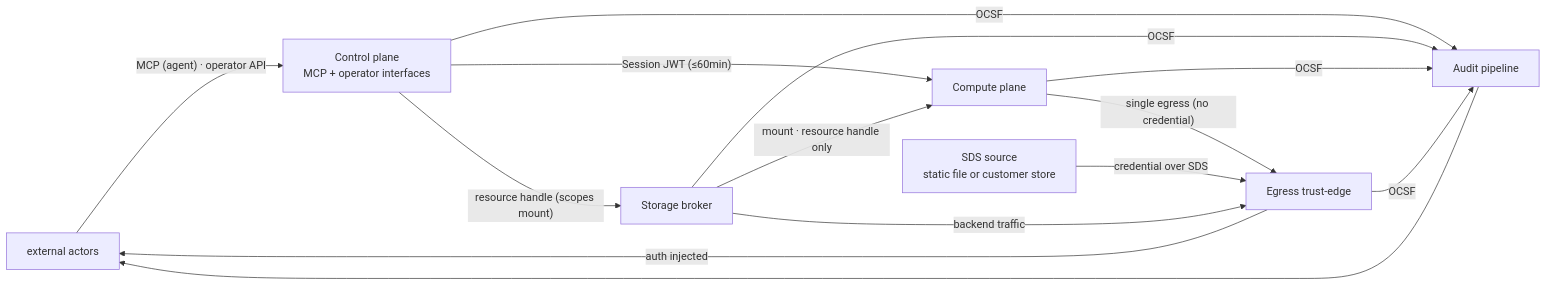
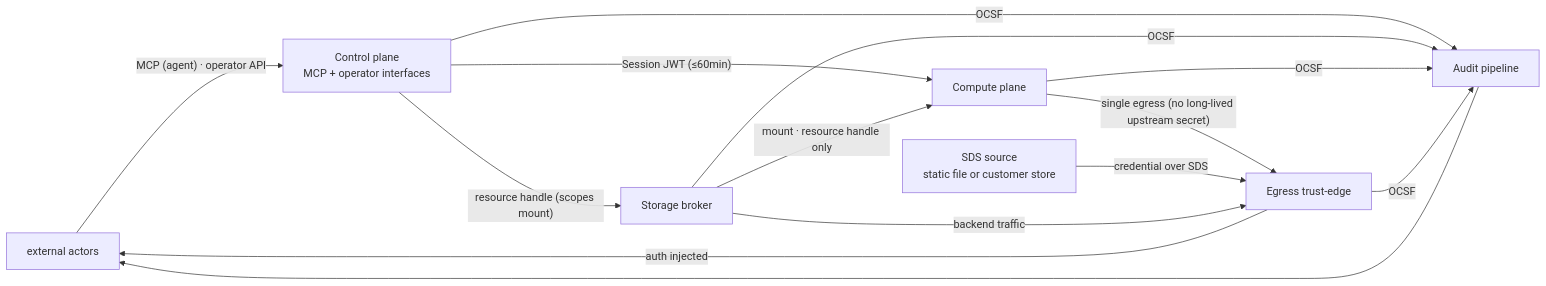
Before and after one commit to Wide-Moat/open-computer-use: the diagram in docs/architecture/02-trust-boundaries.md, drawn with Mermaid. The commit also changed other lines of this file and 19 other files, not shown here.

````diff
--- a/docs/architecture/02-trust-boundaries.md
+++ b/docs/architecture/02-trust-boundaries.md
@@ -79,20 +79,20 @@
 ```mermaid
 flowchart LR
     EXT[external actors]
     CP[Control plane<br/>MCP + operator interfaces]
     SB[Storage broker]
     VM[Compute plane]
     EDGE[Egress trust-edge]
     SDS[SDS source<br/>static file or customer store]
     AUDIT[Audit pipeline]
     EXT -- "MCP (agent) · operator API" --> CP
     CP -- "Session JWT (≤60min)" --> VM
     CP -- "resource handle (scopes mount)" --> SB
     SB -- "mount · resource handle only" --> VM
-    VM -- "single egress (no credential)" --> EDGE
+    VM -- "single egress (no long-lived upstream secret)" --> EDGE
     SDS -- "credential over SDS" --> EDGE
     SB -- "backend traffic" --> EDGE
     EDGE -- "auth injected" --> EXT
     CP & SB & VM & EDGE -- "OCSF" --> AUDIT
     AUDIT --> EXT
 ```
````
